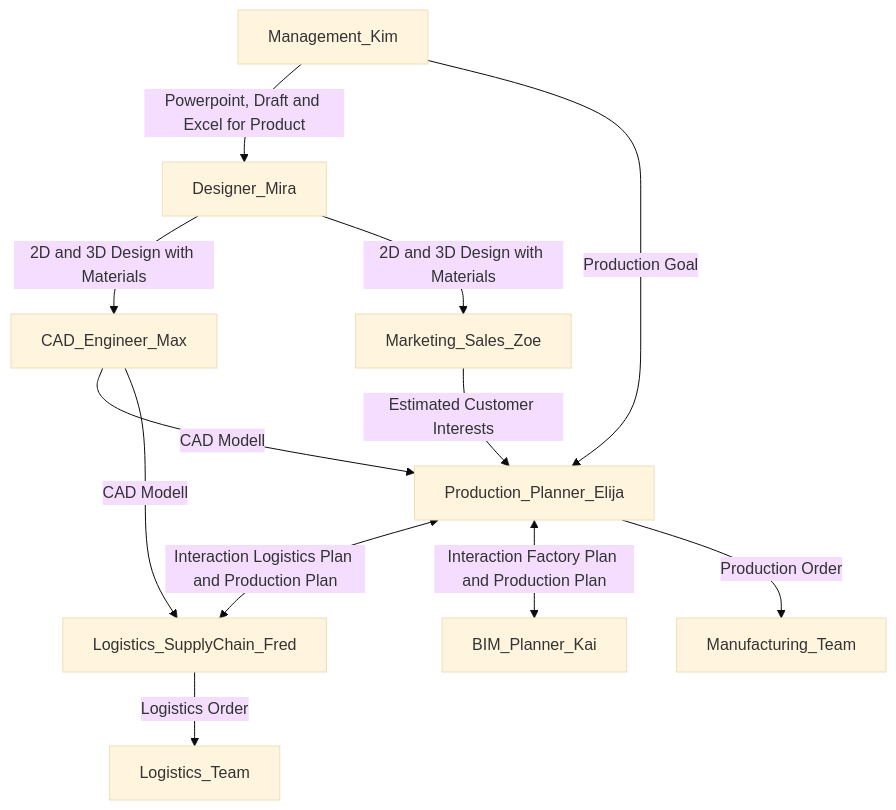
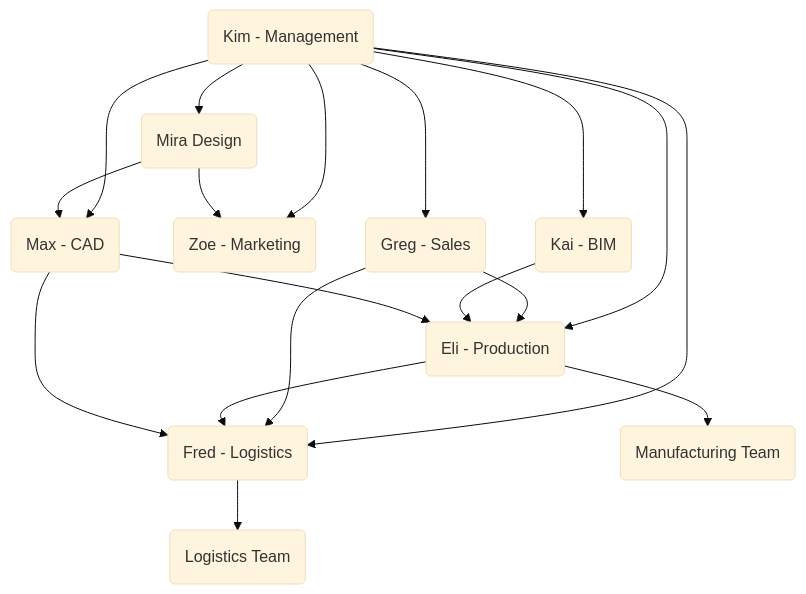
The diagram in src/twinops/overview.md (perfectproducts/usd_templates), drawn with Mermaid (base theme) before and after one commit. The commit also changed other lines of this file and 3 other files, not shown here.

Commit message:
split sales and marketing

````diff
--- a/src/twinops/overview.md
+++ b/src/twinops/overview.md
@@ -26,14 +27,32 @@
 ```mermaid
 graph TD;    
-    Management_Kim--Powerpoint, Draft and Excel for Product-->Designer_Mira;
-    Management_Kim--Production Goal-->Production_Planner_Elija;
-    Designer_Mira--2D and 3D Design with Materials-->CAD_Engineer_Max;
-    Designer_Mira--2D and 3D Design with Materials-->Marketing_Sales_Zoe;
-    Production_Planner_Elija<--Interaction Logistics Plan and Production Plan-->Logistics_SupplyChain_Fred;
-    Production_Planner_Elija<--Interaction Factory Plan and Production Plan-->BIM_Planner_Kai;
-    CAD_Engineer_Max--CAD Modell-->Production_Planner_Elija;
-    Marketing_Sales_Zoe--Estimated Customer Interests-->Production_Planner_Elija;
-    CAD_Engineer_Max--CAD Modell-->Logistics_SupplyChain_Fred;
-    Logistics_SupplyChain_Fred--Logistics Order-->Logistics_Team;
-    Production_Planner_Elija--Production Order-->Manufacturing_Team;
+    Management(Kim - Management);
+    Design(Mira Design);
+    Production(Eli - Production);
+    CAD(Max - CAD);
+    Marketing(Zoe - Marketing);
+    Sales(Greg - Sales);
+    Logistics(Fred - Logistics);
+    BIM(Kai - BIM);
+    Logistics_Team(Logistics Team);
+    Manufacturing_Team(Manufacturing Team);
+
+    Management-->Production
+    Management-->Sales;
+    Management-->Marketing;
+    Management-->CAD;
+    Management-->Design;
+    Management-->BIM;
+    Management-->Logistics;
+
+    Design-->CAD;
+    Design-->Marketing;
+    Sales-->Production
+    Sales-->Logistics
+    Production-->Logistics;
+    BIM-->Production;
+    CAD-->Production;    
+    CAD-->Logistics;
+    Logistics-->Logistics_Team
+    Production-->Manufacturing_Team;
 ```
````
